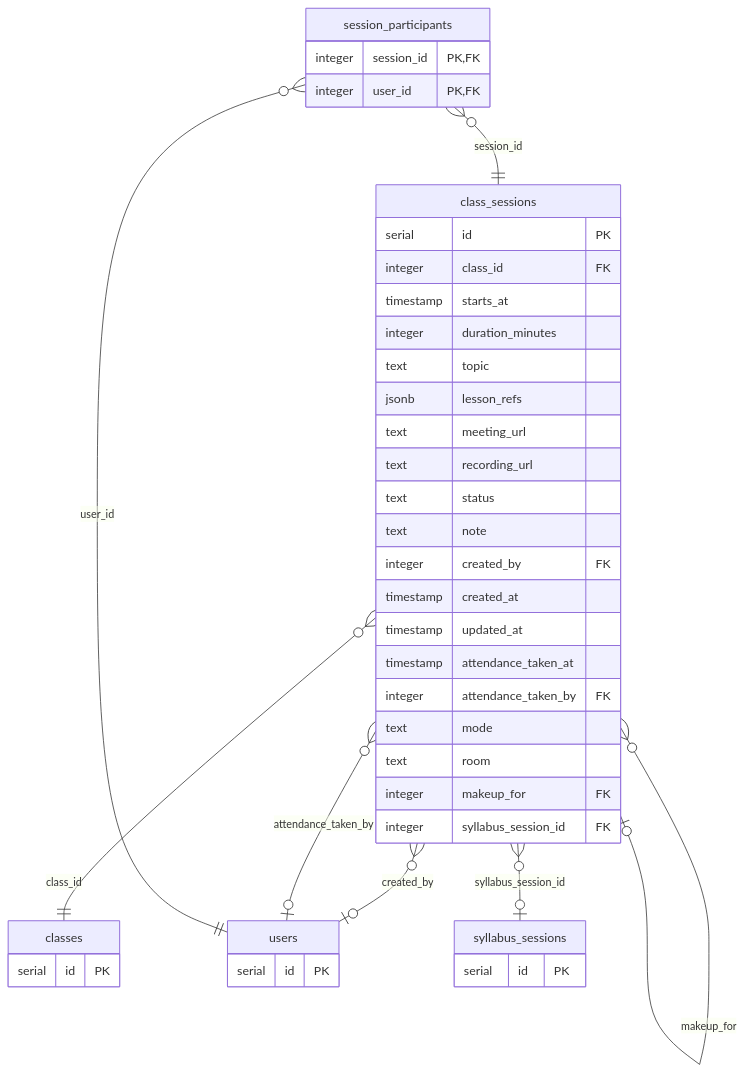
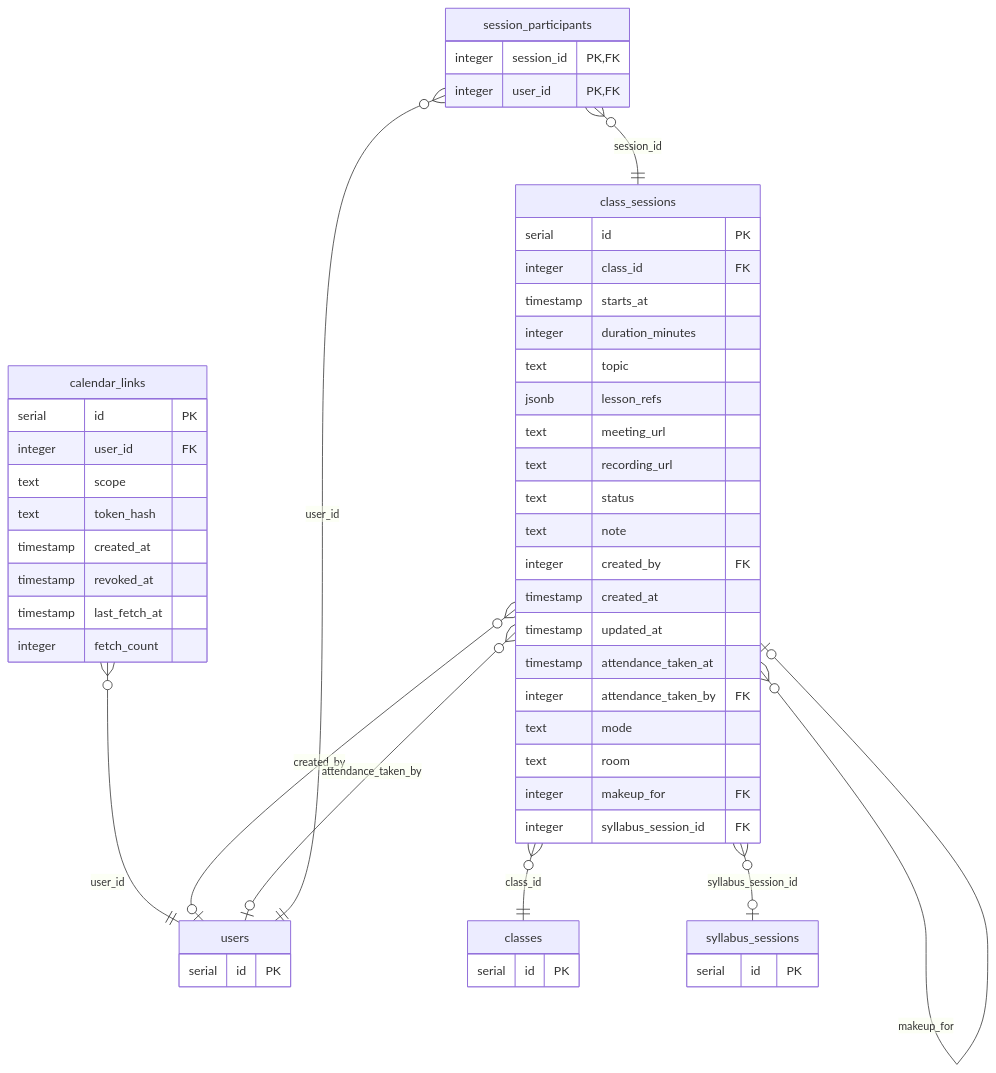
One commit to PCBoiz/PE_hsa changed the second of 12 diagrams in docs/CAU_TRUC_DU_LIEU.md. Above: the diagram before and after it, drawn with Mermaid. The commit also changed other lines of this file and 17 other files, not shown here.

````diff
--- a/docs/CAU_TRUC_DU_LIEU.md
+++ b/docs/CAU_TRUC_DU_LIEU.md
@@ -214,44 +214,55 @@
 ```mermaid
 erDiagram
+    calendar_links {
+        serial id PK
+        integer user_id FK
+        text scope
+        text token_hash
+        timestamp created_at
+        timestamp revoked_at
+        timestamp last_fetch_at
+        integer fetch_count
+    }
     class_sessions {
         serial id PK
         integer class_id FK
         timestamp starts_at
         integer duration_minutes
         text topic
         jsonb lesson_refs
         text meeting_url
         text recording_url
         text status
         text note
         integer created_by FK
         timestamp created_at
         timestamp updated_at
         timestamp attendance_taken_at
         integer attendance_taken_by FK
         text mode
         text room
         integer makeup_for FK
         integer syllabus_session_id FK
     }
     session_participants {
         integer session_id PK,FK
         integer user_id PK,FK
     }
-    classes {
+    users {
         serial id PK
     }
-    users {
+    classes {
         serial id PK
     }
     syllabus_sessions {
         serial id PK
     }
+    calendar_links }o--|| users : "user_id"
     class_sessions }o--|| classes : "class_id"
     class_sessions }o--o| users : "created_by"
     class_sessions }o--o| users : "attendance_taken_by"
     class_sessions }o--o| class_sessions : "makeup_for"
     class_sessions }o--o| syllabus_sessions : "syllabus_session_id"
     session_participants }o--|| class_sessions : "session_id"
     session_participants }o--|| users : "user_id"
 ```
````
